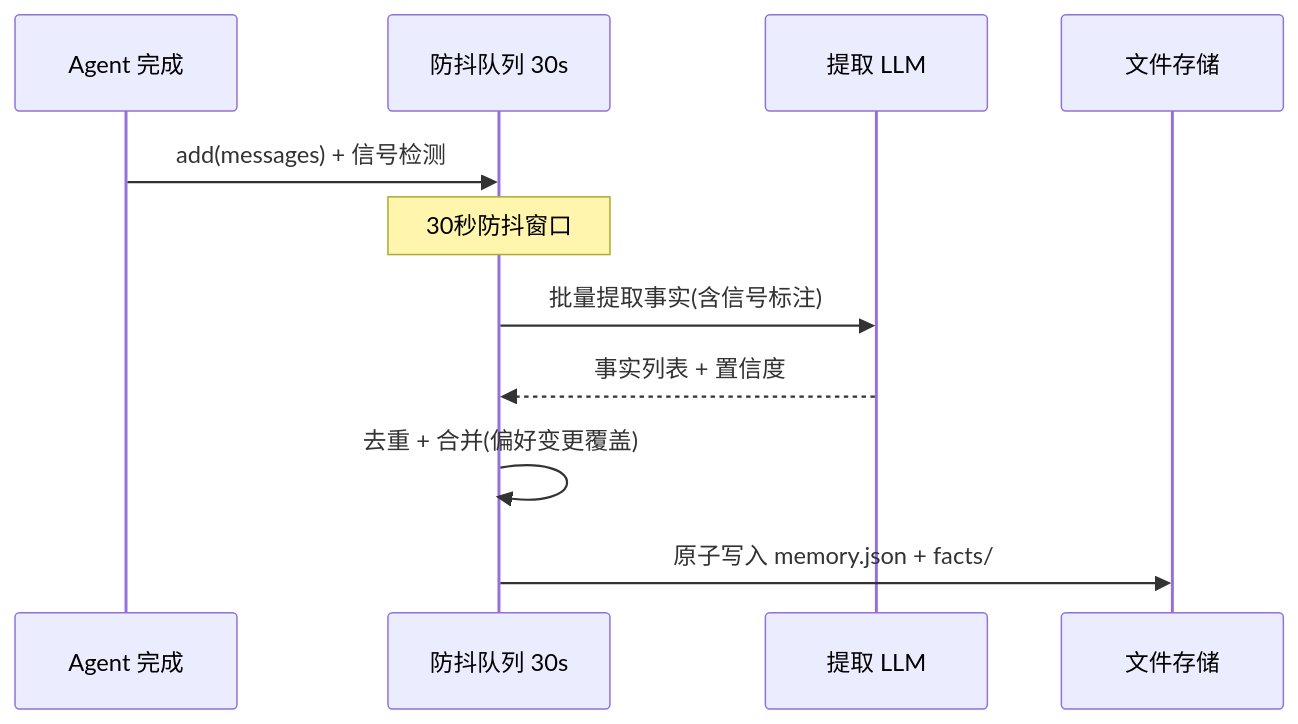
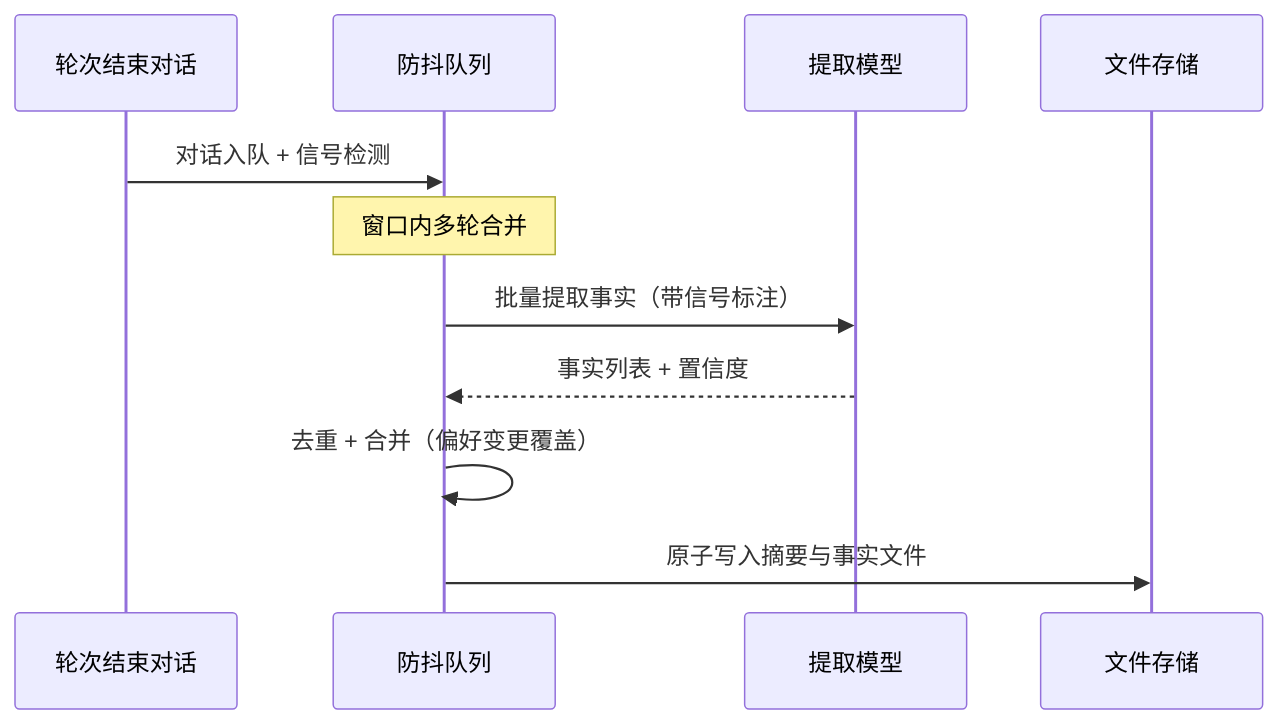
The first of 4 diagrams in docs/comparisons/06-memory.md (MKEy777/agent), drawn with Mermaid before and after one commit. The commit also changed other lines of this file and 114 other files, not shown here.

First line of the commit message:
Add comprehensive documentation for Agent architecture and protocols

````diff
--- a/docs/comparisons/06-memory.md
+++ b/docs/comparisons/06-memory.md
@@ -33,14 +30,13 @@
 ```mermaid
 sequenceDiagram
-    participant Agent as Agent 完成
-    participant Queue as 防抖队列 30s
-    participant LLM as 提取 LLM
-    participant Storage as 文件存储
-
-    Agent->>Queue: add(messages) + 信号检测
-    Note over Queue: 30秒防抖窗口
-    Queue->>LLM: 批量提取事实(含信号标注)
-    LLM-->>Queue: 事实列表 + 置信度
-    Queue->>Queue: 去重 + 合并(偏好变更覆盖)
-    Queue->>Storage: 原子写入 memory.json + facts/
+    participant A as 轮次结束对话
+    participant Q as 防抖队列
+    participant L as 提取模型
+    participant S as 文件存储
+    A->>Q: 对话入队 + 信号检测
+    Note over Q: 窗口内多轮合并
+    Q->>L: 批量提取事实（带信号标注）
+    L-->>Q: 事实列表 + 置信度
+    Q->>Q: 去重 + 合并（偏好变更覆盖）
+    Q->>S: 原子写入摘要与事实文件
 ```
````
